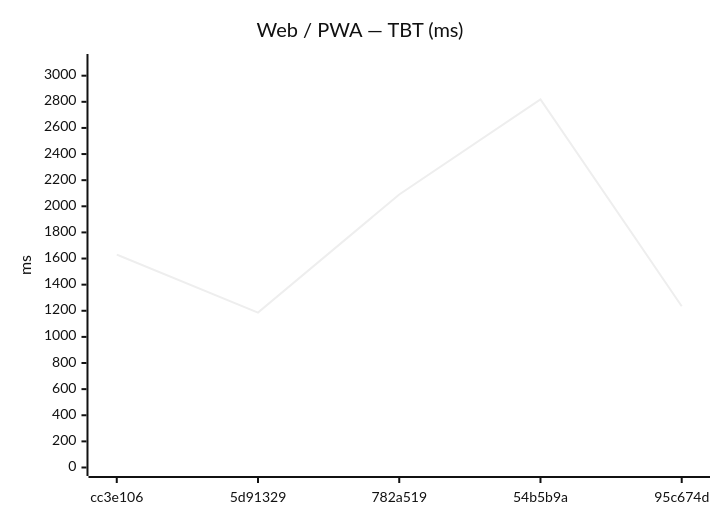
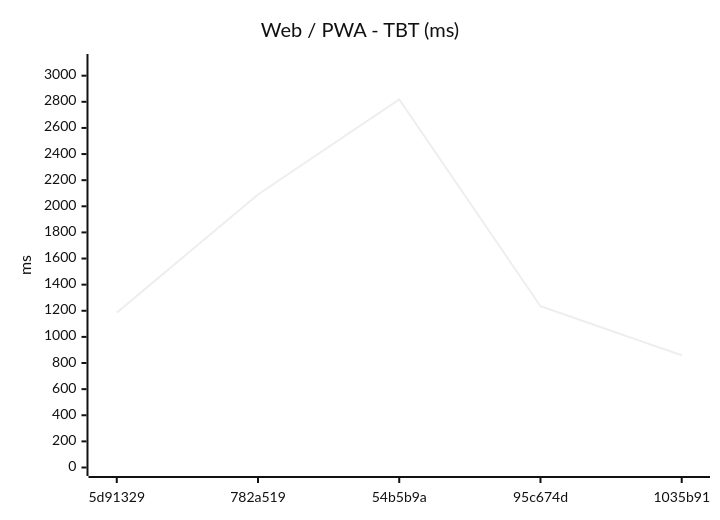
One commit to Metaheurist/Rianell changed the eighth of 18 diagrams in benchmarks/compare.md. Above: the diagram before and after it, drawn with Mermaid (neutral theme). The commit also changed other lines of this file and 294 other files, not shown here.

````diff
--- a/benchmarks/compare.md
+++ b/benchmarks/compare.md
@@ -124,7 +124,7 @@
 ```mermaid
 xychart-beta
-    title "Web / PWA — TBT (ms)"
-    x-axis ["cc3e106", "5d91329", "782a519", "54b5b9a", "95c674d"]
+    title "Web / PWA - TBT (ms)"
+    x-axis ["5d91329", "782a519", "54b5b9a", "95c674d", "1035b91"]
     y-axis "ms" 0 --> 3101
-    line [1630, 1186, 2090, 2819, 1235]
+    line [1186, 2090, 2819, 1235, 859]
 ```
````
